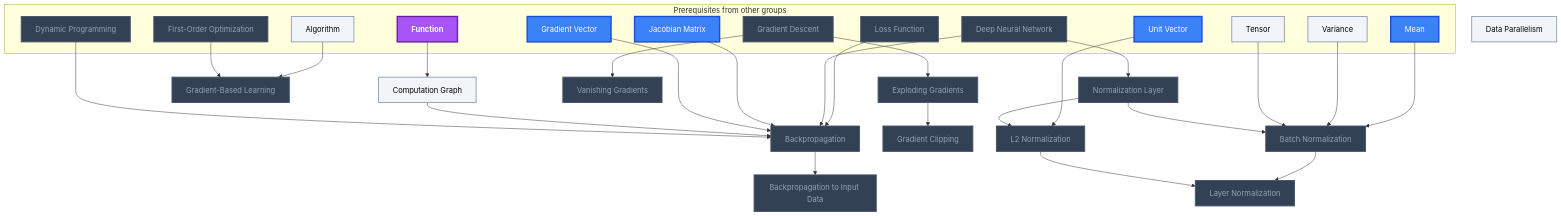
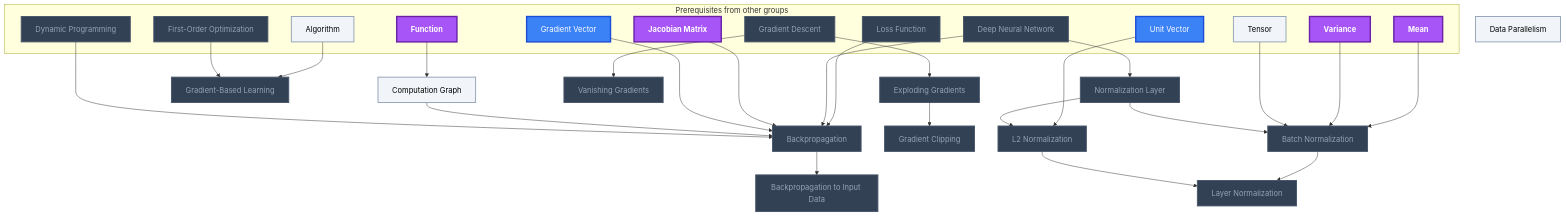
Before and after one commit to MRauf1/My-Notes: diagram 19 of 21 in Gamification/Skill Trees/Deep Learning.md, drawn with Mermaid. The commit also changed other lines of this file and 73 other files, not shown here.

````diff
--- a/Gamification/Skill Trees/Deep Learning.md
+++ b/Gamification/Skill Trees/Deep Learning.md
@@ -1161,66 +1161,66 @@
 ```mermaid
 flowchart TD
     classDef planned fill:#1E293B,stroke:#64748B,stroke-width:2px,stroke-dasharray:5 5,color:#94A3B8;
     classDef locked fill:#334155,stroke:#475569,stroke-width:2px,color:#94A3B8;
     classDef L0 fill:#F1F5F9,stroke:#94A3B8,stroke-width:2px,color:#000000;
     classDef L1 fill:#22C55E,stroke:#15803D,stroke-width:2px,color:#000000;
     classDef L2 fill:#3B82F6,stroke:#1D4ED8,stroke-width:3px,color:#FFFFFF;
     classDef L3 fill:#A855F7,stroke:#6B21A8,stroke-width:3px,color:#FFFFFF,font-weight:bold;
     classDef L4 fill:#F97316,stroke:#C2410C,stroke-width:4px,color:#000000,font-weight:bold;
     classDef L5 fill:#FFD700,stroke:#FF8C00,stroke-width:5px,color:#000000,font-weight:bold;
     classDef rusty stroke:#8B4513,stroke-width:4px,stroke-dasharray:3 3;
     subgraph sg_prereqs["Prerequisites from other groups"]
         n_algorithm["Algorithm"]
         n_first_order_optimization["First-Order Optimization"]
         n_gradient_descent["Gradient Descent"]
         n_function["Function"]
         n_loss_function["Loss Function"]
         n_deep_neural_network["Deep Neural Network"]
         n_jacobian_matrix["Jacobian Matrix"]
         n_gradient_vector["Gradient Vector"]
         n_dynamic_programming["Dynamic Programming"]
         n_mean["Mean"]
         n_variance["Variance"]
         n_tensor["Tensor"]
         n_unit_vector["Unit Vector"]
     end
     n_computation_graph["Computation Graph"]
     n_backpropagation["Backpropagation"]
     n_backpropagation_to_input_data["Backpropagation to Input Data"]
     n_gradient_based_learning["Gradient-Based Learning"]
     n_exploding_gradients["Exploding Gradients"]
     n_vanishing_gradients["Vanishing Gradients"]
     n_gradient_clipping["Gradient Clipping"]
     n_normalization_layer["Normalization Layer"]
     n_batch_normalization["Batch Normalization"]
     n_layer_normalization["Layer Normalization"]
     n_l2_normalization["L2 Normalization"]
     n_data_parallelism["Data Parallelism"]
     n_algorithm --> n_gradient_based_learning
     n_first_order_optimization --> n_gradient_based_learning
     n_gradient_descent --> n_exploding_gradients
     n_exploding_gradients --> n_gradient_clipping
     n_gradient_descent --> n_vanishing_gradients
     n_function --> n_computation_graph
     n_loss_function --> n_backpropagation
     n_deep_neural_network --> n_backpropagation
     n_jacobian_matrix --> n_backpropagation
     n_gradient_vector --> n_backpropagation
     n_computation_graph --> n_backpropagation
     n_dynamic_programming --> n_backpropagation
     n_backpropagation --> n_backpropagation_to_input_data
     n_deep_neural_network --> n_normalization_layer
     n_mean --> n_batch_normalization
     n_variance --> n_batch_normalization
     n_tensor --> n_batch_normalization
     n_normalization_layer --> n_batch_normalization
     n_unit_vector --> n_l2_normalization
     n_normalization_layer --> n_l2_normalization
     n_batch_normalization --> n_layer_normalization
     n_l2_normalization --> n_layer_normalization
     class n_first_order_optimization,n_gradient_descent,n_loss_function,n_deep_neural_network,n_dynamic_programming,n_backpropagation,n_backpropagation_to_input_data,n_gradient_based_learning,n_exploding_gradients,n_vanishing_gradients,n_gradient_clipping,n_normalization_layer,n_batch_normalization,n_layer_normalization,n_l2_normalization locked;
-    class n_algorithm,n_variance,n_tensor,n_computation_graph,n_data_parallelism L0;
-    class n_jacobian_matrix,n_gradient_vector,n_mean,n_unit_vector L2;
-    class n_function L3;
+    class n_algorithm,n_tensor,n_computation_graph,n_data_parallelism L0;
+    class n_gradient_vector,n_unit_vector L2;
+    class n_function,n_jacobian_matrix,n_mean,n_variance L3;
     class n_algorithm,n_first_order_optimization,n_gradient_descent,n_function,n_loss_function,n_deep_neural_network,n_jacobian_matrix,n_gradient_vector,n_dynamic_programming,n_mean,n_variance,n_tensor,n_unit_vector,n_computation_graph,n_backpropagation,n_backpropagation_to_input_data,n_gradient_based_learning,n_exploding_gradients,n_vanishing_gradients,n_gradient_clipping,n_normalization_layer,n_batch_normalization,n_layer_normalization,n_l2_normalization,n_data_parallelism internal-link;
 ```
````
